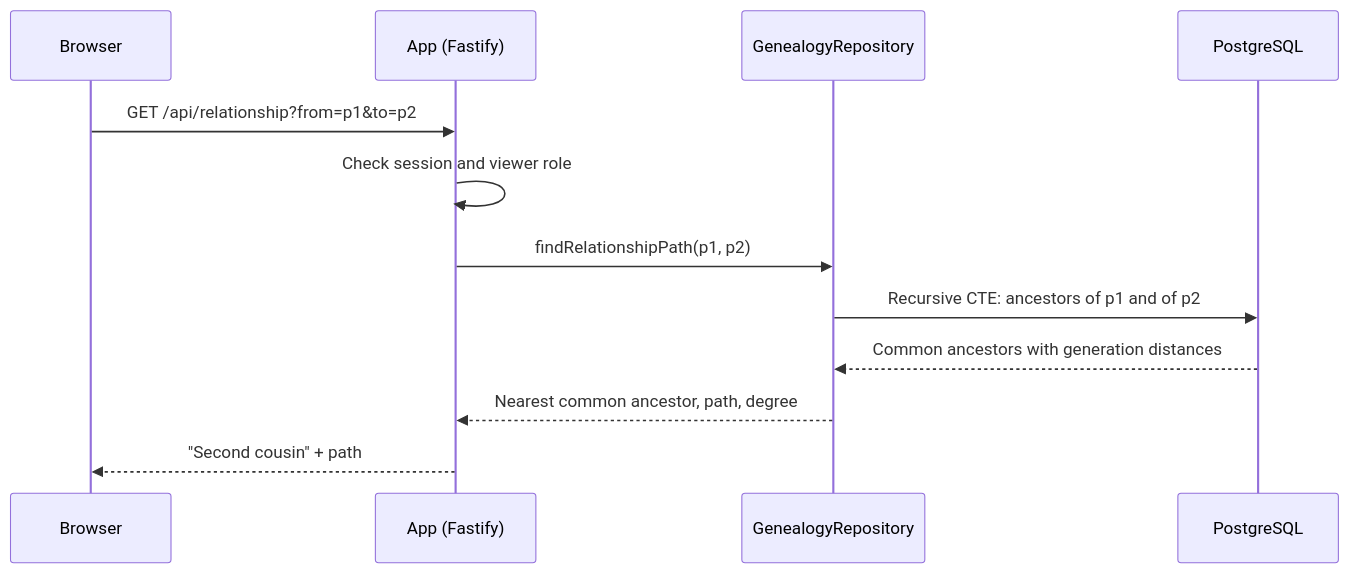
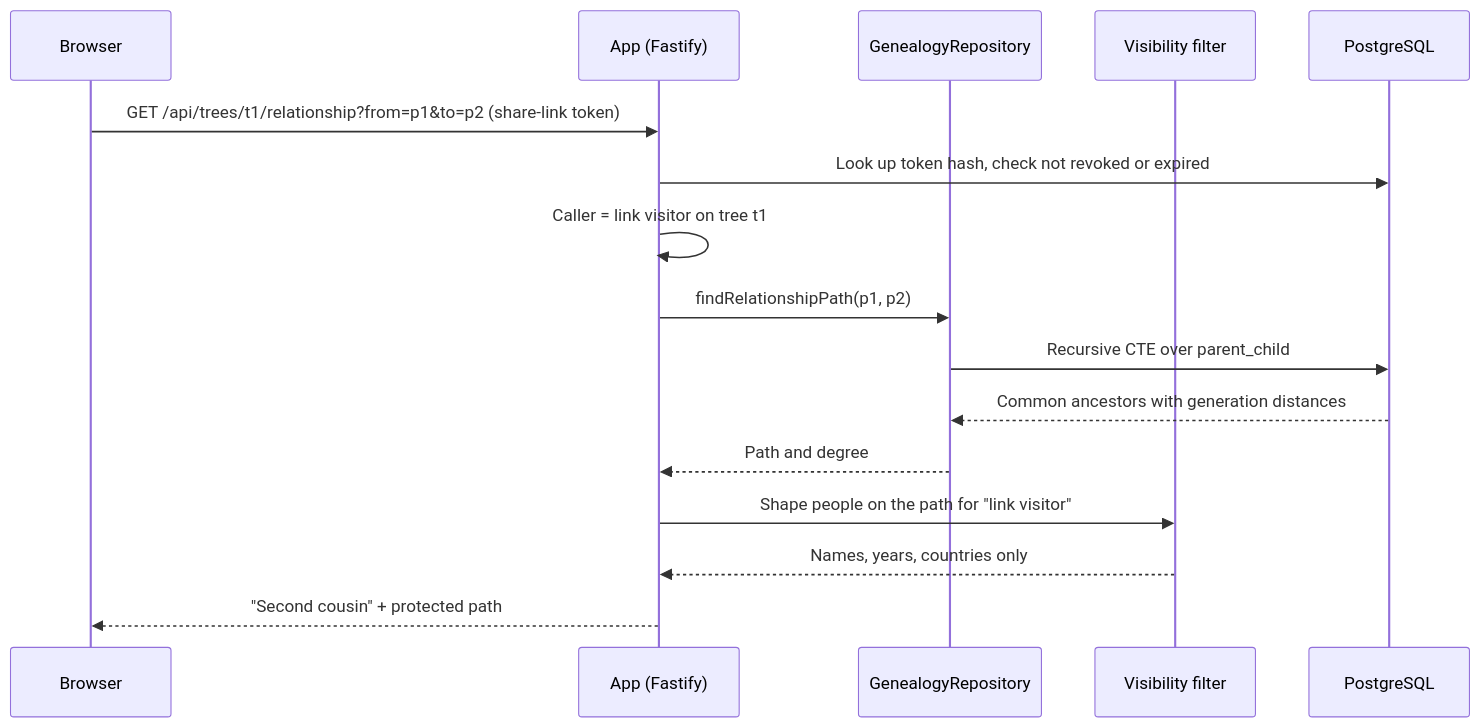
Before and after one commit to Alfredo-Moreira/nos_raiz: the fourth of 4 diagrams in docs/architecture/overview.md, drawn with Mermaid. The commit also changed other lines of this file and 26 other files, not shown here.

First line of the commit message:
docs: record architecture, access and hosting decisions

````diff
--- a/docs/architecture/overview.md
+++ b/docs/architecture/overview.md
@@ -66,15 +75,19 @@
 ```mermaid
 sequenceDiagram
     participant Web as Browser
     participant Api as App (Fastify)
     participant Repo as GenealogyRepository
+    participant Vis as Visibility filter
     participant Db as PostgreSQL
 
-    Web->>Api: GET /api/relationship?from=p1&to=p2
-    Api->>Api: Check session and viewer role
+    Web->>Api: GET /api/trees/t1/relationship?from=p1&to=p2 (share-link token)
+    Api->>Db: Look up token hash, check not revoked or expired
+    Api->>Api: Caller = link visitor on tree t1
     Api->>Repo: findRelationshipPath(p1, p2)
-    Repo->>Db: Recursive CTE: ancestors of p1 and of p2
+    Repo->>Db: Recursive CTE over parent_child
     Db-->>Repo: Common ancestors with generation distances
-    Repo-->>Api: Nearest common ancestor, path, degree
-    Api-->>Web: "Second cousin" + path
+    Repo-->>Api: Path and degree
+    Api->>Vis: Shape people on the path for "link visitor"
+    Vis-->>Api: Names, years, countries only
+    Api-->>Web: "Second cousin" + protected path
 ```
````
